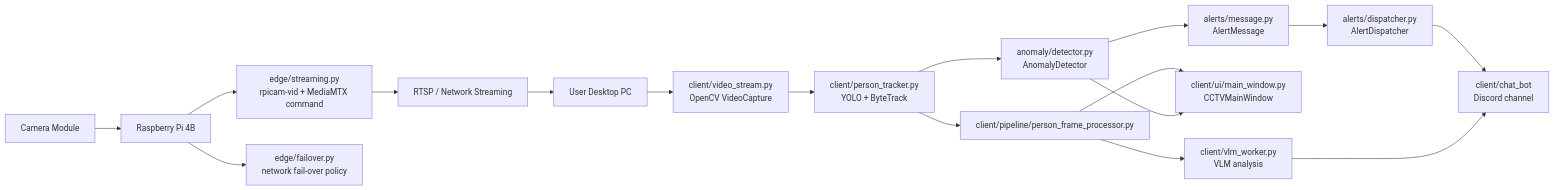
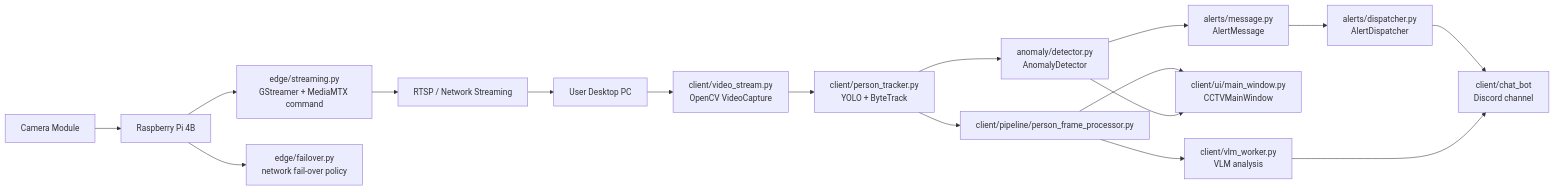
The first of 2 diagrams in flow.md (taegyu-heo-bigstar/AI_CCTV), drawn with Mermaid before and after one commit. The commit also changed other lines of this file and 6 other files, not shown here.

````diff
--- a/flow.md
+++ b/flow.md
@@ -31,19 +31,19 @@
 ```mermaid
 flowchart LR
     Camera["Camera Module"] --> Pi["Raspberry Pi 4B"]
-    Pi --> EdgeStream["edge/streaming.py<br/>rpicam-vid + MediaMTX command"]
+    Pi --> EdgeStream["edge/streaming.py<br/>GStreamer + MediaMTX command"]
     Pi --> EdgeFailover["edge/failover.py<br/>network fail-over policy"]
     EdgeStream --> RTSP["RTSP / Network Streaming"]
     RTSP --> PC["User Desktop PC"]
     PC --> VideoStream["client/video_stream.py<br/>OpenCV VideoCapture"]
     VideoStream --> Tracker["client/person_tracker.py<br/>YOLO + ByteTrack"]
     Tracker --> Processor["client/pipeline/person_frame_processor.py"]
     Tracker --> Anomaly["anomaly/detector.py<br/>AnomalyDetector"]
     Anomaly --> AlertMessage["alerts/message.py<br/>AlertMessage"]
     AlertMessage --> AlertDispatcher["alerts/dispatcher.py<br/>AlertDispatcher"]
     AlertDispatcher --> Chatbot["client/chat_bot<br/>Discord channel"]
     Processor --> GUI["client/ui/main_window.py<br/>CCTVMainWindow"]
     Anomaly --> GUI
     Processor --> VLM["client/vlm_worker.py<br/>VLM analysis"]
     VLM --> Chatbot
 ```
````
